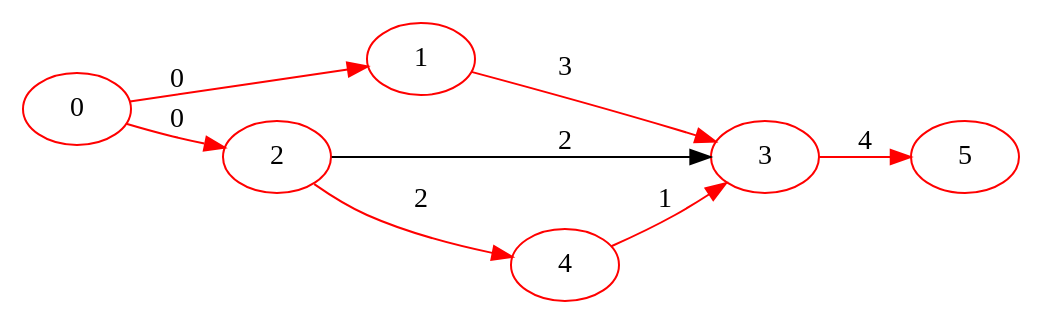
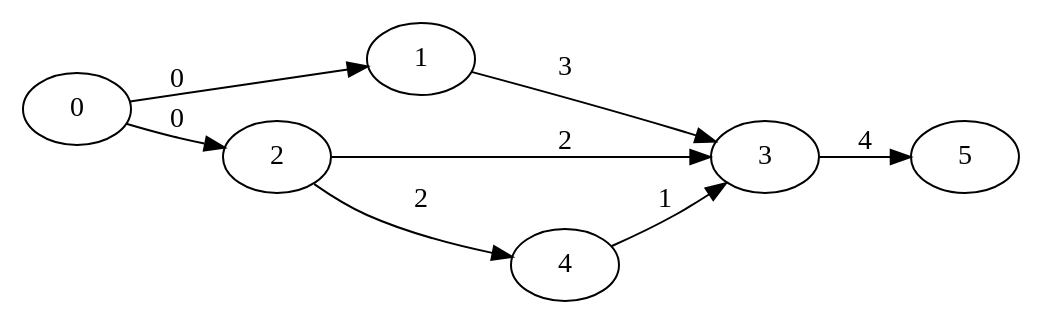
Before and after one commit to avivi55/graphs: the diagram in out/14.gv, drawn with Graphviz. The commit also changed 59 other files, not shown here.

```diff
--- a/out/14.gv
+++ b/out/14.gv
@@ -1,15 +1,9 @@
 digraph { rankdir=LR
-    "1" [color="red" label="1"]
-    "2" [color="red" label="2"]
-    "3" [color="red" label="3"]
-    "4" [color="red" label="4"]
-    "0" [color="red" label="0"]
-    "5" [color="red" label="5"]
-    "1" -> "3" [label="3" color="red" ]
+    "1" -> "3" [label="3" ]
     "2" -> "3" [label="2" ]
-    "2" -> "4" [label="2" color="red" ]
-    "3" -> "5" [label="4" color="red" ]
-    "4" -> "3" [label="1" color="red" ]
-    "0" -> "1" [label="0" color="red" color="red" ]
-    "0" -> "2" [label="0" color="red" color="red" ]
+    "2" -> "4" [label="2" ]
+    "3" -> "5" [label="4" ]
+    "4" -> "3" [label="1" ]
+    "0" -> "1" [label="0" ]
+    "0" -> "2" [label="0" ]
 }
```
